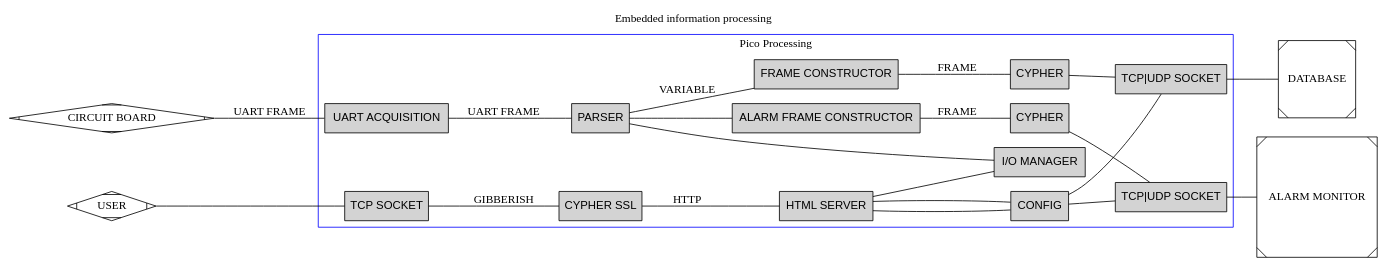
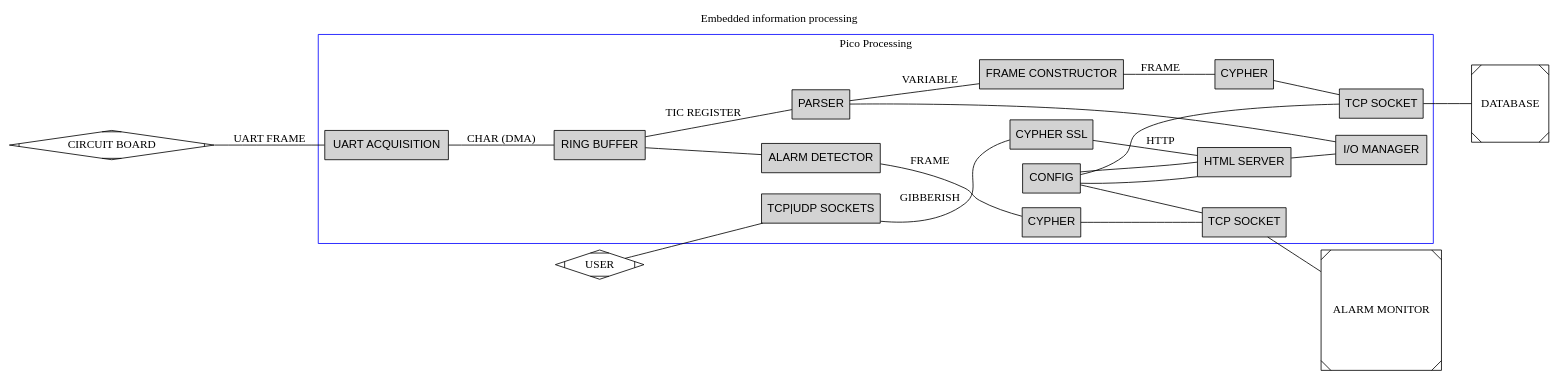
One commit to PetitCypou/SmartMeterGateway changed the diagram in assets/Embedded-Processing-Graph.dot. Above: the diagram before and after it, drawn with Graphviz. The commit also changed 18 other files, not shown here.

```diff
--- a/assets/Embedded-Processing-Graph.dot
+++ b/assets/Embedded-Processing-Graph.dot
@@ -1,50 +1,52 @@
 graph G {
   label="Embedded information processing"
   labelloc="t"
   layout=dot
   rankdir="LR"
 
   BOARD[label="CIRCUIT BOARD" shape = "Mdiamond"];
   SERVER1[label="DATABASE" shape = "Msquare"];
   SERVER2[label="ALARM MONITOR" shape = "Msquare"];
   USER[shape = "Mdiamond"];
 
 
   subgraph cluster_0 {
     node [style=filled shape=box fontname="helvetica"];
     label = "Pico Processing";
     color=blue;
   UART_ACQUISITION[label="UART ACQUISITION"];
+  RING_BUFFER[label="RING BUFFER"];
   IO_MANAGER[label="I/O MANAGER"];
   FRAME1[label="FRAME CONSTRUCTOR"];
-  FRAME2[label="ALARM FRAME CONSTRUCTOR"];
+  ALARM[label="ALARM DETECTOR"];
   CYPHER1[label="CYPHER"];
   CYPHER2[label="CYPHER"];
   CYPHER3[label="CYPHER SSL"];
-  SOCK1[label="TCP|UDP SOCKET"];
-  SOCK2[label="TCP|UDP SOCKET"];
-  SOCK3[label="TCP SOCKET"];
+  SOCK1[label="TCP SOCKET"];
+  SOCK2[label="TCP SOCKET"];
+  SOCK3[label="TCP|UDP SOCKETS"];
 
   HTMLSERVER[label="HTML SERVER"];
 
-  UART_ACQUISITION -- PARSER[label="UART FRAME"];
+  UART_ACQUISITION -- RING_BUFFER[label="CHAR (DMA)"];
+  RING_BUFFER -- PARSER[label="TIC REGISTER"];
   PARSER -- IO_MANAGER;
   PARSER -- FRAME1[label="VARIABLE"];
-  PARSER -- FRAME2;
+  RING_BUFFER -- ALARM;
   FRAME1 -- CYPHER1[label="FRAME"];
-  FRAME2 -- CYPHER2[label="FRAME"];
+  ALARM -- CYPHER2[label="FRAME"];
   CYPHER1 -- SOCK1;
   CYPHER2 -- SOCK2;
 
   SOCK3 -- CYPHER3[label="GIBBERISH"];
   CYPHER3 -- HTMLSERVER[label="HTTP"];
   HTMLSERVER-- {CONFIG IO_MANAGER};
   CONFIG -- HTMLSERVER;
   CONFIG -- {SOCK1 SOCK2};
 
   }
   BOARD-- UART_ACQUISITION[label="UART FRAME"];
   SOCK1 -- SERVER1;
   SOCK2 -- SERVER2;
   USER -- SOCK3;
 }
```
